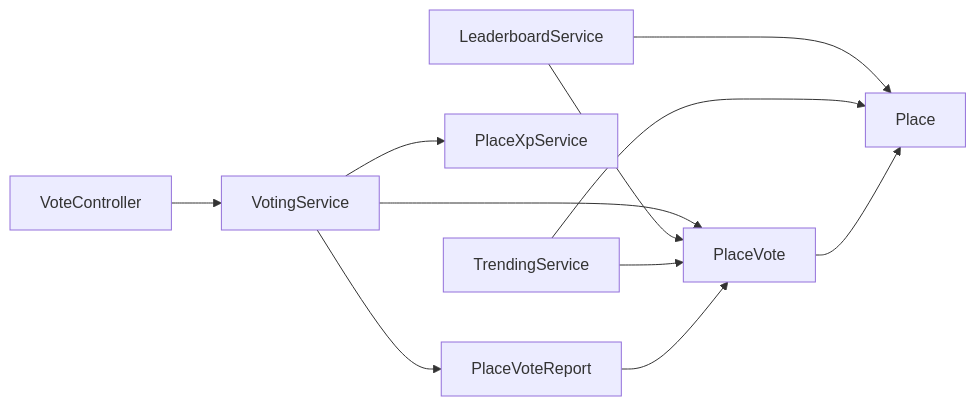
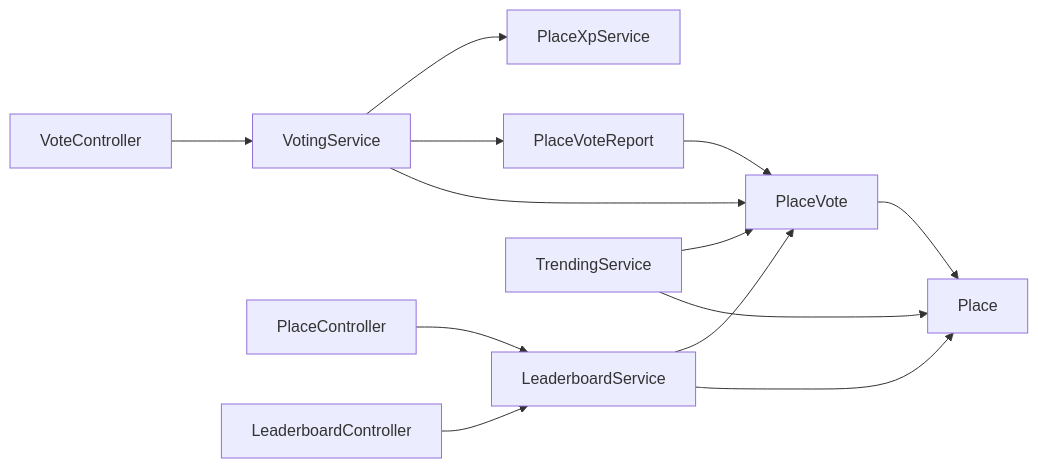
Before and after one commit to Hamdies/waddy_back: the eighth of 8 diagrams in .qoder/repowiki/en/content/Business Modules/PlacesToVisit Module/Voting and Rating System.md, drawn with Mermaid. The commit also changed other lines of this file and 4 other files, not shown here.

````diff
--- a/.qoder/repowiki/en/content/Business Modules/PlacesToVisit Module/Voting and Rating System.md
+++ b/.qoder/repowiki/en/content/Business Modules/PlacesToVisit Module/Voting and Rating System.md
@@ -365,13 +503,15 @@
 ```mermaid
 graph LR
 VC["VoteController"] --> VS["VotingService"]
+PC["PlaceController"] --> LBS["LeaderboardService"]
+ALC["LeaderboardController"] --> LBS
 VS --> PV["PlaceVote"]
 VS --> PVR["PlaceVoteReport"]
 VS --> PXPS["PlaceXpService"]
-LBS["LeaderboardService"] --> Place["Place"]
+LBS --> Place["Place"]
 LBS --> PV
 TS["TrendingService"] --> Place
 TS --> PV
 PV --> Place
 PVR --> PV
 ```
````
